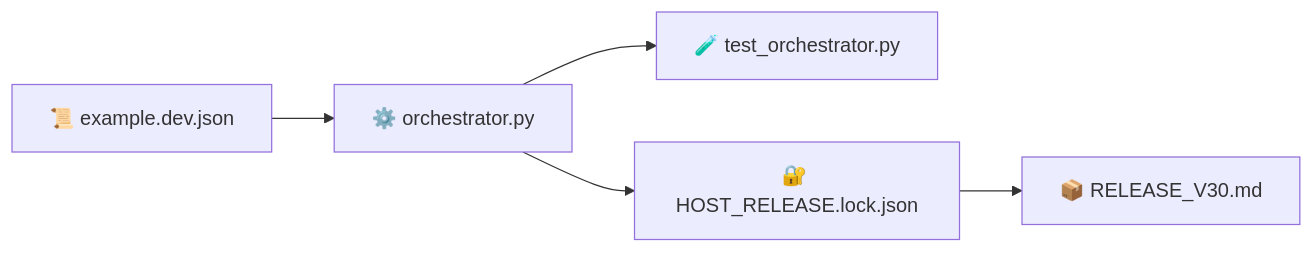
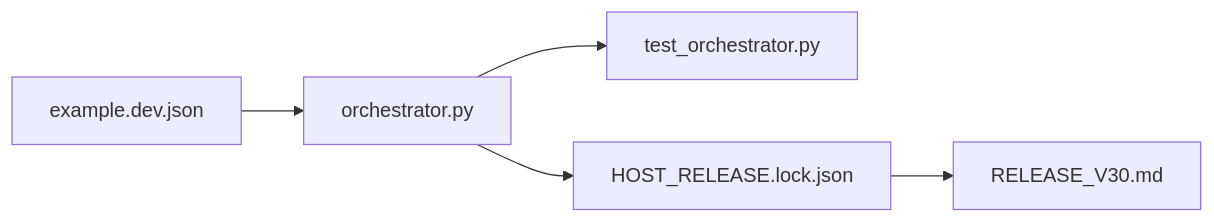
One commit to Shtenco/synergy_meta_os changed the second of 2 diagrams in README.md. Above: the diagram before and after it, drawn with Mermaid. The commit also changed other lines of this file, not shown here.

````diff
--- a/README.md
+++ b/README.md
@@ -357,7 +357,7 @@
 ```mermaid
 flowchart LR
-    MAN[📜 example.dev.json] --> ORCH[⚙️ orchestrator.py]
-    ORCH --> TEST[🧪 test_orchestrator.py]
-    ORCH --> LOCK[🔐 HOST_RELEASE.lock.json]
-    LOCK --> REL[📦 RELEASE_V30.md]
+    MAN[ example.dev.json] --> ORCH[ orchestrator.py]
+    ORCH --> TEST[ test_orchestrator.py]
+    ORCH --> LOCK[ HOST_RELEASE.lock.json]
+    LOCK --> REL[ RELEASE_V30.md]
 ```
````
